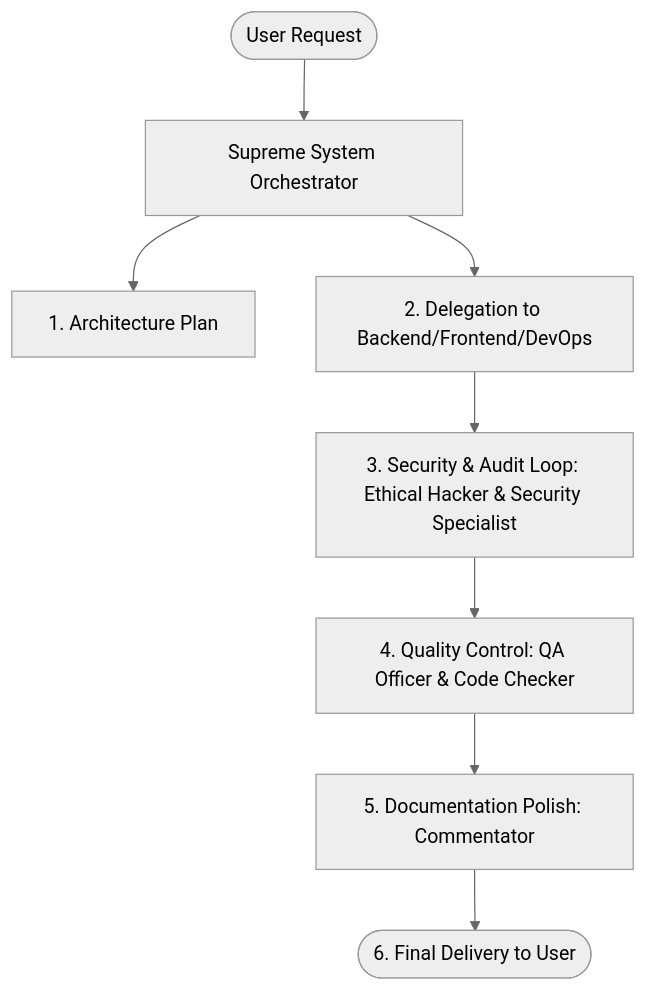
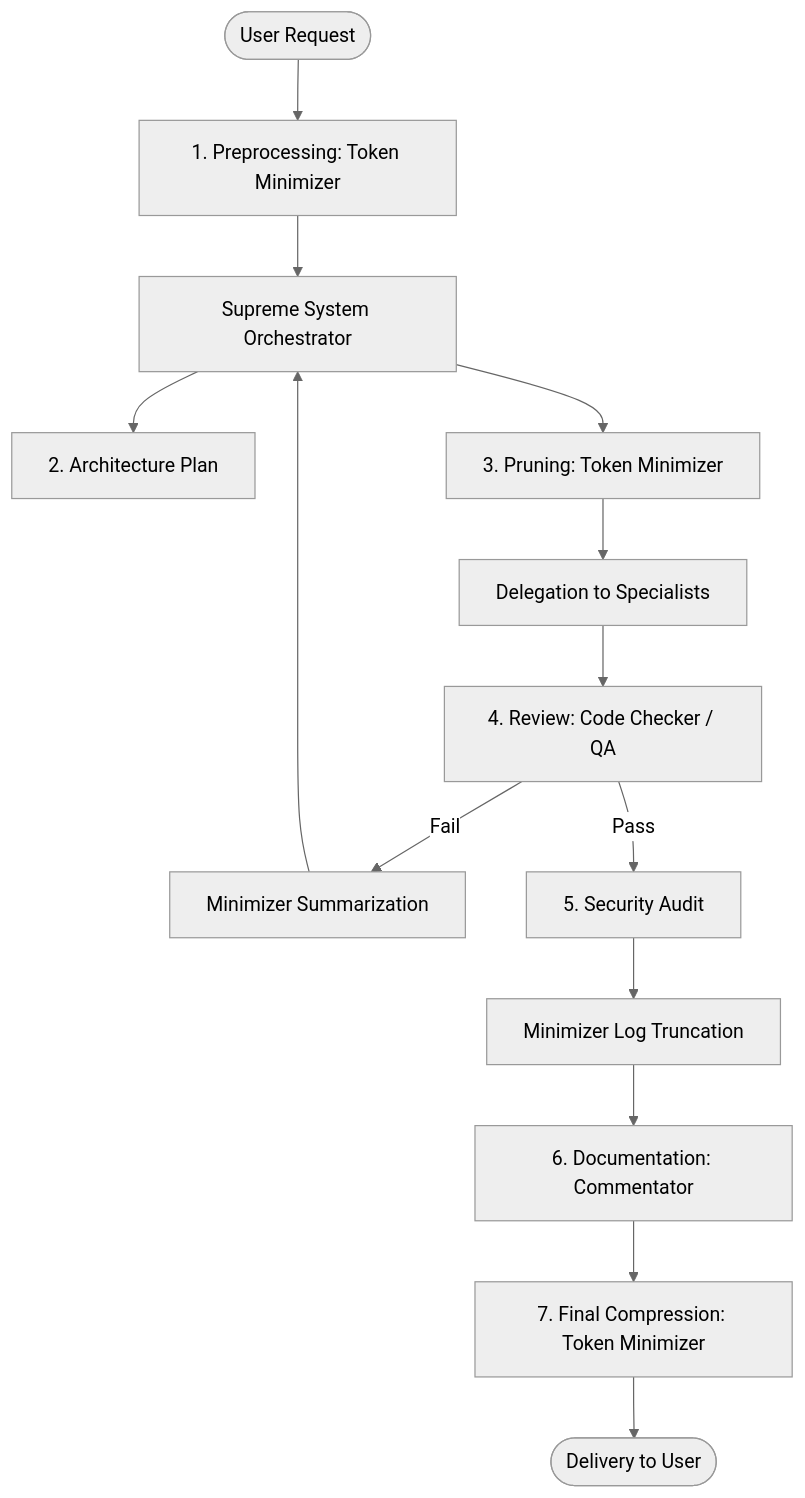
Before and after one commit to vardzz/agents-developer-core: the diagram in README.md, drawn with Mermaid (neutral theme). The commit also changed other lines of this file, not shown here.

Commit message:
docs: add Context Architect to agent registry and update execution pipeline documentation with token optimization steps

````diff
--- a/README.md
+++ b/README.md
@@ -44,10 +45,13 @@
 ```mermaid
 graph TD
-    User([User Request]) --> Orch[Supreme System Orchestrator]
-    Orch --> Arch[1. Architecture Plan]
-    Orch --> Del[2. Delegation to Backend/Frontend/DevOps]
-    Del --> Sec[3. Security & Audit Loop: Ethical Hacker & Security Specialist]
-    Sec --> QA[4. Quality Control: QA Officer & Code Checker]
-    QA --> Doc[5. Documentation Polish: Commentator]
-    Doc --> Final([6. Final Delivery to User])
+    User([User Request]) --> TM_Pre[1. Preprocessing: Token Minimizer]
+    TM_Pre --> Orch[Supreme System Orchestrator]
+    Orch --> Arch[2. Architecture Plan]
+    Orch --> TM_Prune[3. Pruning: Token Minimizer]
+    TM_Prune --> Del[Delegation to Specialists]
+    Del --> QA[4. Review: Code Checker / QA]
+    QA -- Fail --> TM_Fail[Minimizer Summarization] --> Orch
+    QA -- Pass --> Sec[5. Security Audit]
+    Sec --> TM_Sec[Minimizer Log Truncation] --> Doc[6. Documentation: Commentator]
+    Doc --> TM_Final[7. Final Compression: Token Minimizer] --> Final([Delivery to User])
 ```
````
